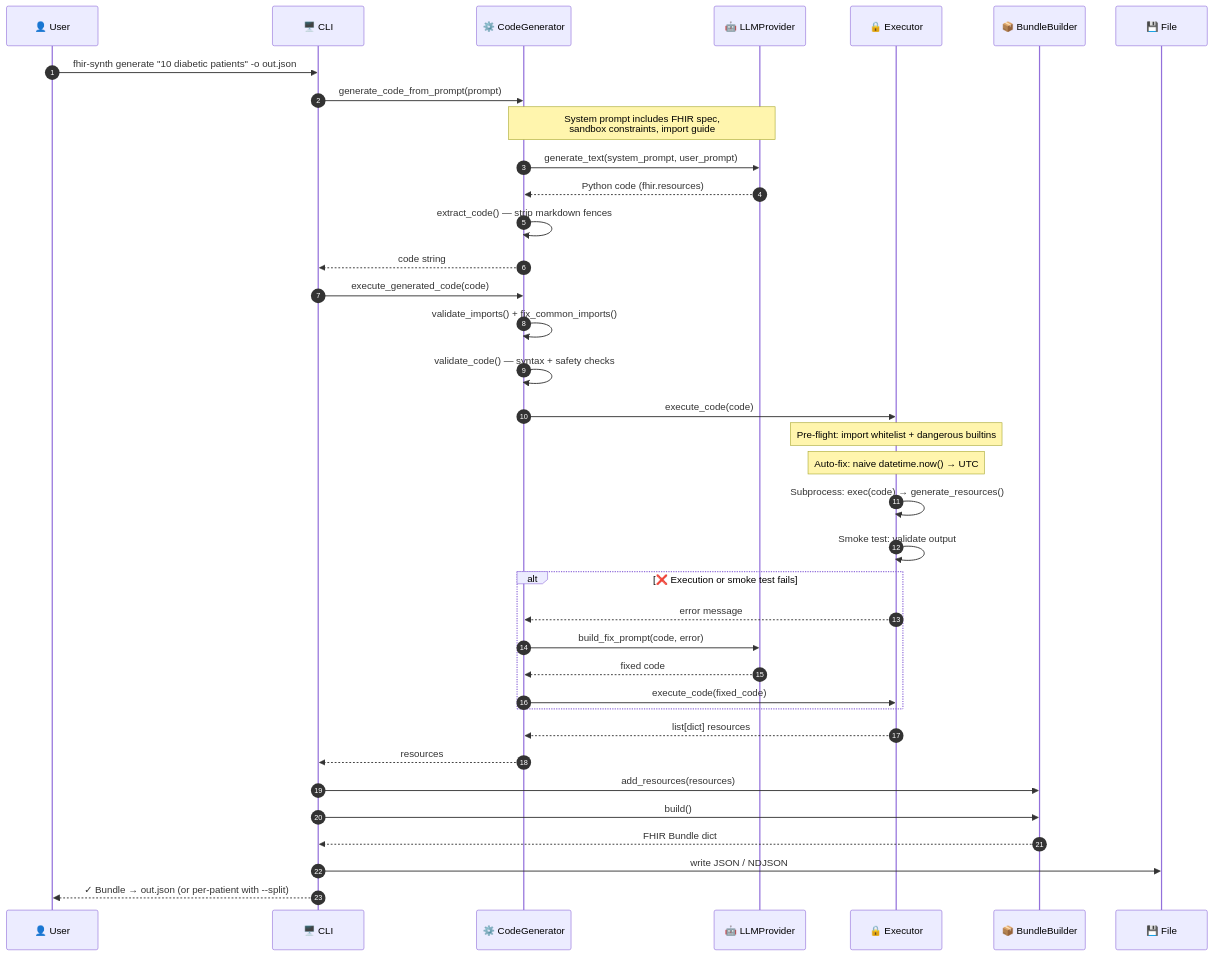
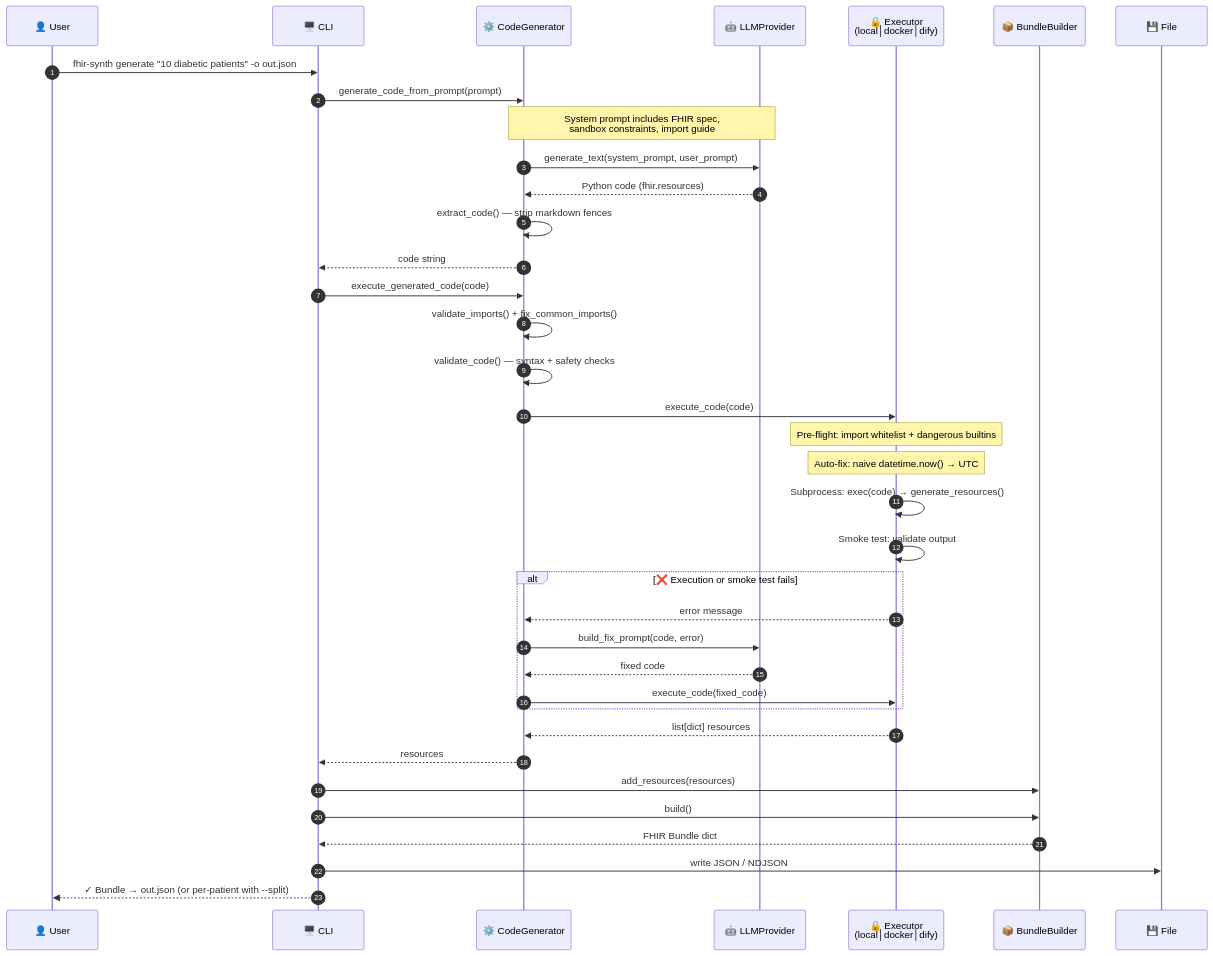
Before and after one commit to alvinhenrick/fhir-synth: the second of 3 diagrams in docs/architecture.md, drawn with Mermaid. The commit also changed other lines of this file and 14 other files, not shown here.

````diff
--- a/docs/architecture.md
+++ b/docs/architecture.md
@@ -54,47 +66,47 @@
 ```mermaid
 sequenceDiagram
     autonumber
     participant U as 👤 User
     participant CLI as 🖥️ CLI
     participant CG as ⚙️ CodeGenerator
     participant LLM as 🤖 LLMProvider
-    participant EX as 🔒 Executor
+    participant EX as 🔒 Executor<br/>(local│docker│dify)
     participant BB as 📦 BundleBuilder
     participant F as 💾 File
 
     U->>CLI: fhir-synth generate "10 diabetic patients" -o out.json
     CLI->>CG: generate_code_from_prompt(prompt)
 
     Note over CG,LLM: System prompt includes FHIR spec,<br/>sandbox constraints, import guide
     CG->>LLM: generate_text(system_prompt, user_prompt)
     LLM-->>CG: Python code (fhir.resources)
     CG->>CG: extract_code() — strip markdown fences
     CG-->>CLI: code string
 
     CLI->>CG: execute_generated_code(code)
     CG->>CG: validate_imports() + fix_common_imports()
     CG->>CG: validate_code() — syntax + safety checks
 
     CG->>EX: execute_code(code)
     Note over EX: Pre-flight: import whitelist + dangerous builtins
     Note over EX: Auto-fix: naive datetime.now() → UTC
     EX->>EX: Subprocess: exec(code) → generate_resources()
     EX->>EX: Smoke test: validate output
 
     alt ❌ Execution or smoke test fails
         EX-->>CG: error message
         CG->>LLM: build_fix_prompt(code, error)
         LLM-->>CG: fixed code
         CG->>EX: execute_code(fixed_code)
     end
 
     EX-->>CG: list[dict] resources
     CG-->>CLI: resources
 
     CLI->>BB: add_resources(resources)
     CLI->>BB: build()
     BB-->>CLI: FHIR Bundle dict
 
     CLI->>F: write JSON / NDJSON
     CLI-->>U: ✓ Bundle → out.json (or per-patient with --split)
 ```
````
